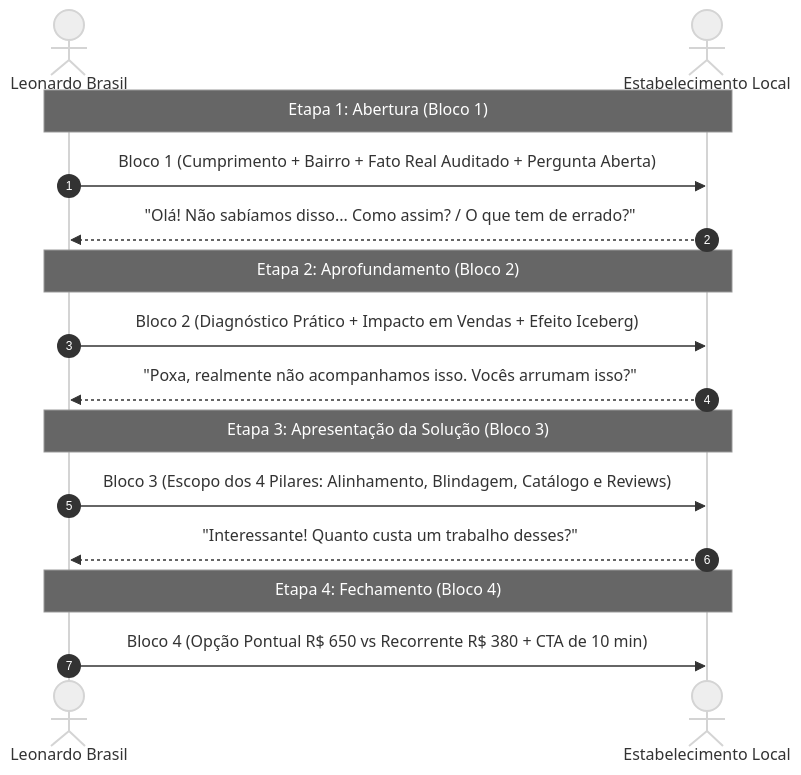
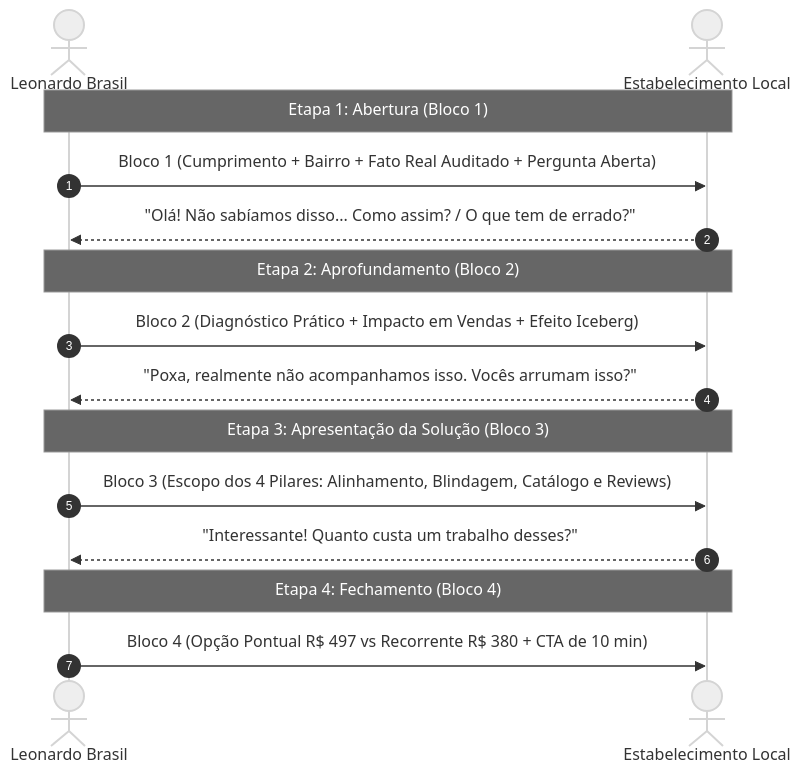
Before and after one commit to leoferrazdev/leonardo-brasil: the diagram in cofre-leonardo-brasil/30 - Comercial e CRM/02 - Scripts e Abordagens/Fluxo Modular de Abordagem WhatsApp (4 Blocos).md, drawn with Mermaid (neutral theme). The commit also changed other lines of this file and 11 other files, not shown here.

````diff
--- a/cofre-leonardo-brasil/30 - Comercial e CRM/02 - Scripts e Abordagens/Fluxo Modular de Abordagem WhatsApp (4 Blocos).md
+++ b/cofre-leonardo-brasil/30 - Comercial e CRM/02 - Scripts e Abordagens/Fluxo Modular de Abordagem WhatsApp (4 Blocos).md
@@ -27,21 +27,21 @@
 ```mermaid
 sequenceDiagram
     autonumber
     actor Leonardo as Leonardo Brasil
     actor Lead as Estabelecimento Local
     
     Note over Leonardo,Lead: Etapa 1: Abertura (Bloco 1)
     Leonardo->>Lead: Bloco 1 (Cumprimento + Bairro + Fato Real Auditado + Pergunta Aberta)
     Lead-->>Leonardo: "Olá! Não sabíamos disso... Como assim? / O que tem de errado?"
     
     Note over Leonardo,Lead: Etapa 2: Aprofundamento (Bloco 2)
     Leonardo->>Lead: Bloco 2 (Diagnóstico Prático + Impacto em Vendas + Efeito Iceberg)
     Lead-->>Leonardo: "Poxa, realmente não acompanhamos isso. Vocês arrumam isso?"
     
     Note over Leonardo,Lead: Etapa 3: Apresentação da Solução (Bloco 3)
     Leonardo->>Lead: Bloco 3 (Escopo dos 4 Pilares: Alinhamento, Blindagem, Catálogo e Reviews)
     Lead-->>Leonardo: "Interessante! Quanto custa um trabalho desses?"
     
     Note over Leonardo,Lead: Etapa 4: Fechamento (Bloco 4)
-    Leonardo->>Lead: Bloco 4 (Opção Pontual R$ 650 vs Recorrente R$ 380 + CTA de 10 min)
+    Leonardo->>Lead: Bloco 4 (Opção Pontual R$ 497 vs Recorrente R$ 380 + CTA de 10 min)
 ```
````
